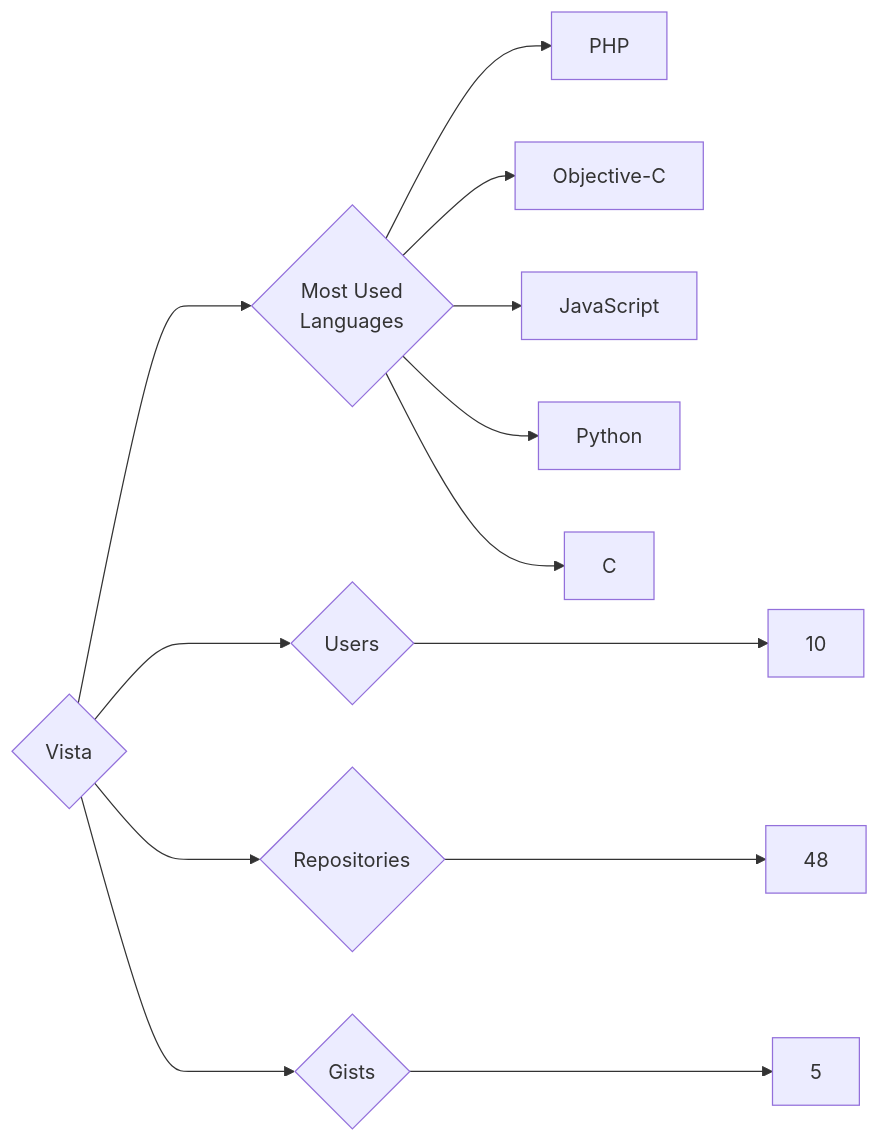
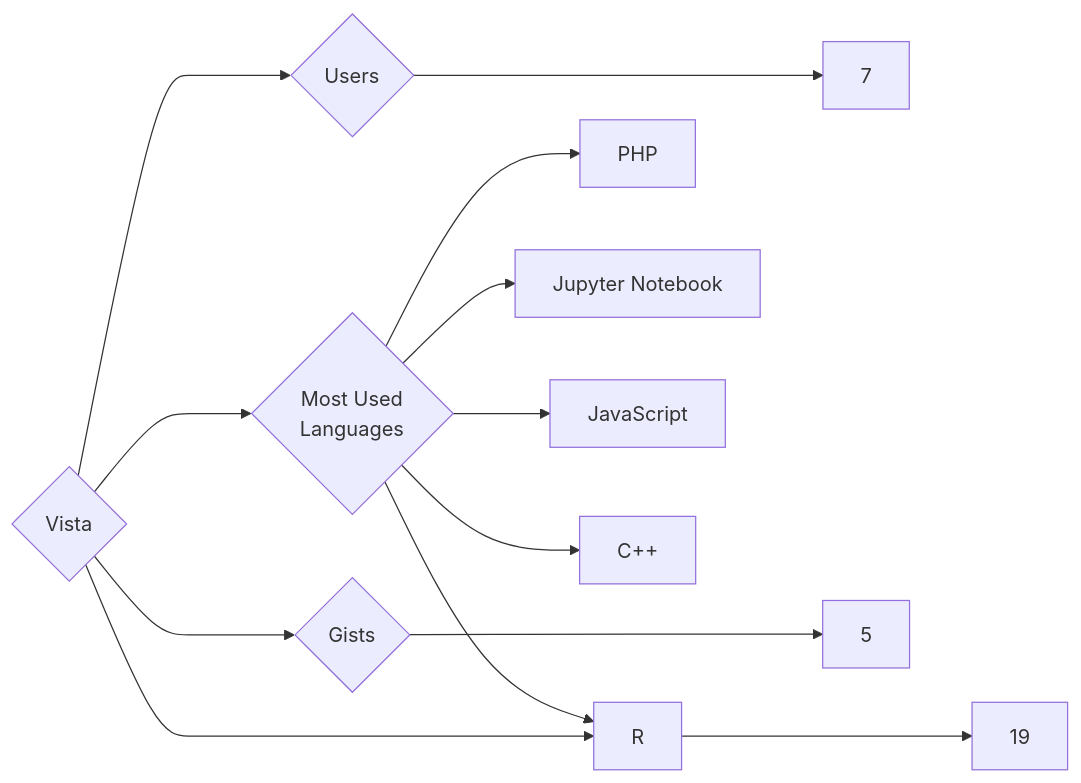
Before and after one commit to trickest/insiders: the diagram in targets/Vista/README.md, drawn with Mermaid. The commit also changed 969 other files, not shown here.

````diff
--- a/targets/Vista/README.md
+++ b/targets/Vista/README.md
@@ -3,13 +3,13 @@
 ```mermaid
 graph LR
 COMPANY_NAME{Vista}
-COMPANY_NAME ---> U{Users} ---> UN[10]
-COMPANY_NAME ---> R{Repositories} ---> RN[48]
+COMPANY_NAME ---> U{Users} ---> UN[7]
+COMPANY_NAME ---> R{Repositories} ---> RN[19]
 COMPANY_NAME ---> G{Gists} ---> GN[5]
 COMPANY_NAME ---> ML{Most Used<br>Languages}
 ML --> PHP[PHP]
-ML --> Objective-C[Objective-C]
+ML --> R[R]
+ML --> Jupyter_Notebook[Jupyter Notebook]
 ML --> JavaScript[JavaScript]
-ML --> Python[Python]
-ML --> C[C]
+ML --> C++[C++]
 ```
````
